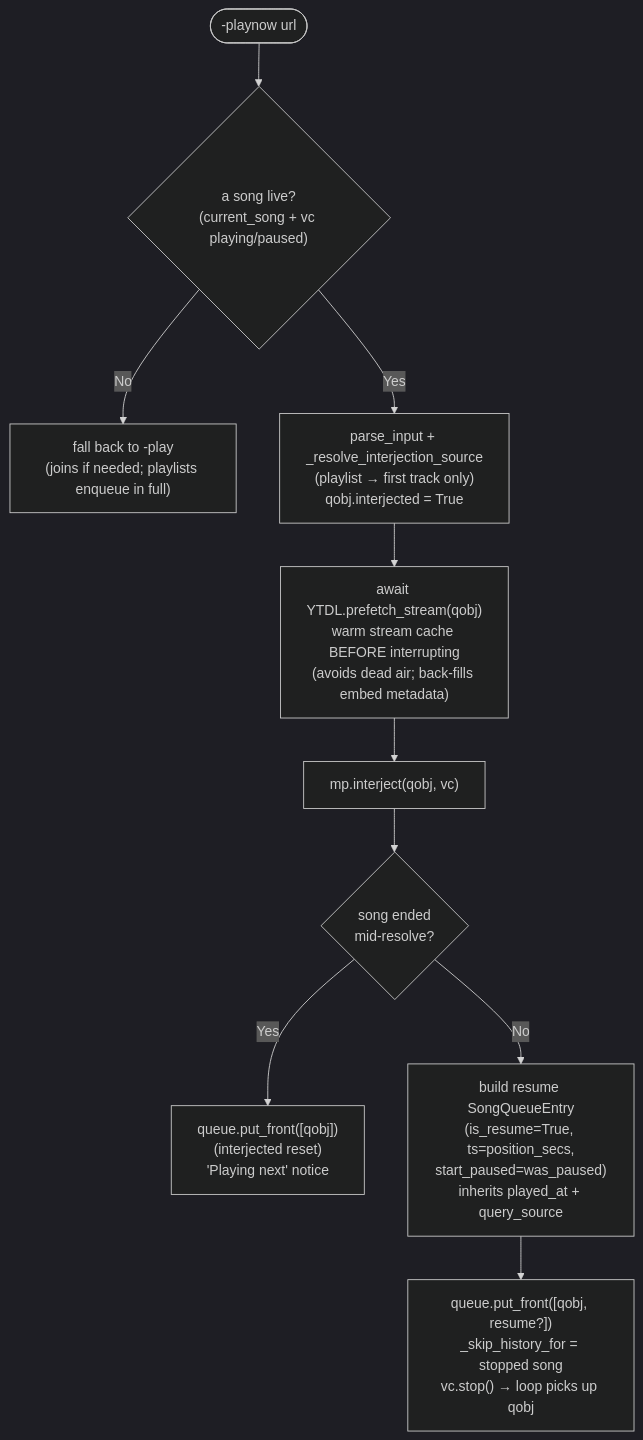
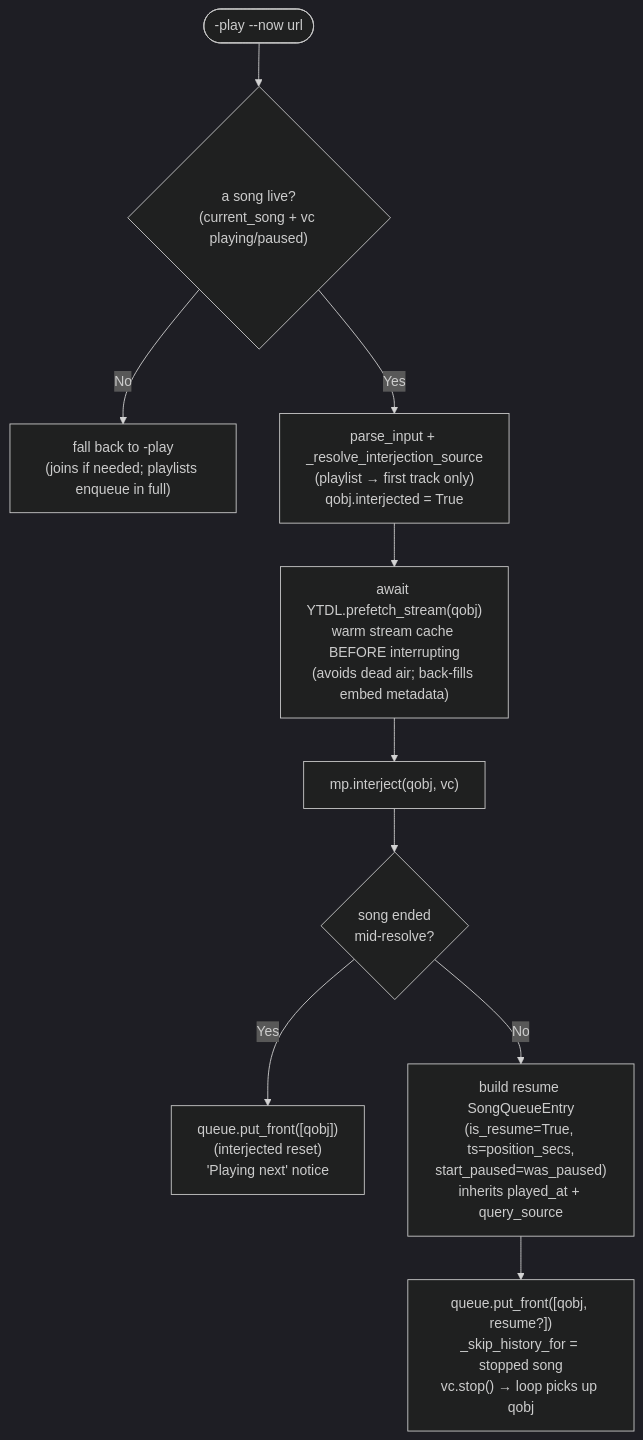
The seventh of 15 diagrams in docs/ARCHITECTURE.md (kawadeomkar/discord-music-bot), drawn with Mermaid (dark theme) before and after one commit. The commit also changed other lines of this file and 19 other files, not shown here.

````diff
--- a/docs/ARCHITECTURE.md
+++ b/docs/ARCHITECTURE.md
@@ -466,20 +466,20 @@
 ```mermaid
 flowchart TD
-    Start(["-playnow url"])
+    Start(["-play --now url"])
     Live{"a song live?\n(current_song + vc playing/paused)"}
     Fallback["fall back to -play\n(joins if needed; playlists enqueue in full)"]
     Resolve["parse_input + _resolve_interjection_source\n(playlist → first track only)\nqobj.interjected = True"]
     Warm["await YTDL.prefetch_stream(qobj)\nwarm stream cache BEFORE interrupting\n(avoids dead air; back-fills embed metadata)"]
     Interject["mp.interject(qobj, vc)"]
     Ended{"song ended\nmid-resolve?"}
     FrontOnly["queue.put_front([qobj])\n(interjected reset)\n'Playing next' notice"]
     Resume["build resume SongQueueEntry\n(is_resume=True, ts=position_secs,\nstart_paused=was_paused)\ninherits played_at + query_source"]
     PutFront["queue.put_front([qobj, resume?])\n_skip_history_for = stopped song\nvc.stop() → loop picks up qobj"]
 
     Start --> Live
     Live -->|No| Fallback
     Live -->|Yes| Resolve --> Warm --> Interject
     Interject --> Ended
     Ended -->|Yes| FrontOnly
     Ended -->|No| Resume --> PutFront
 ```
````
